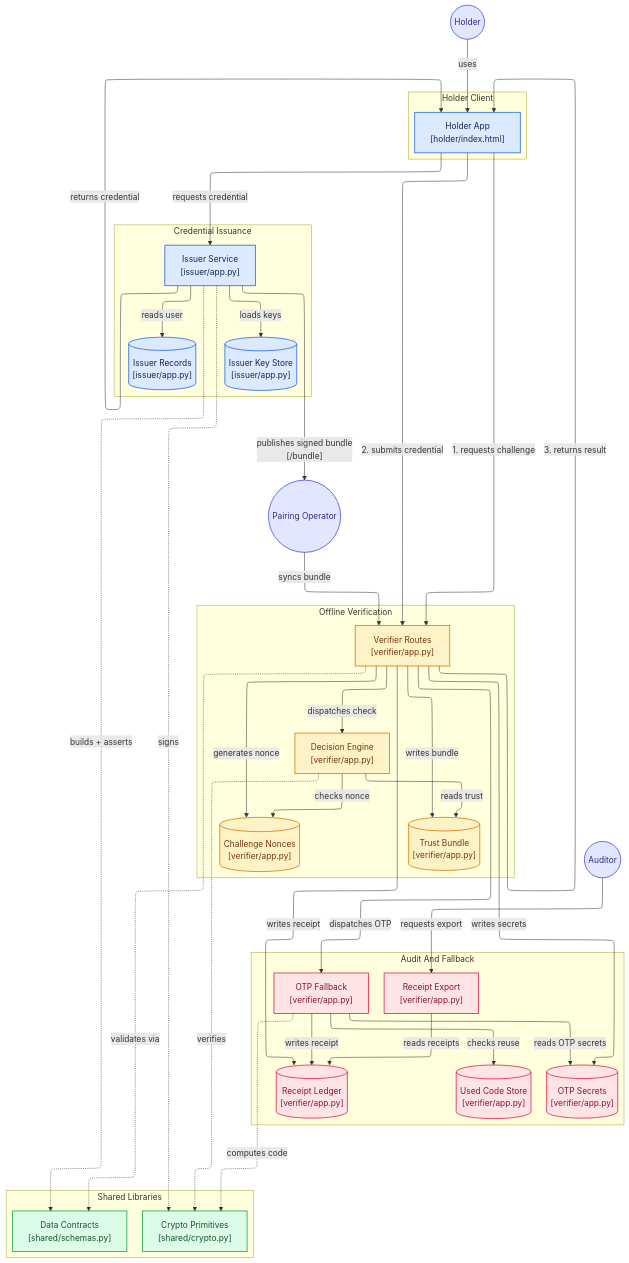
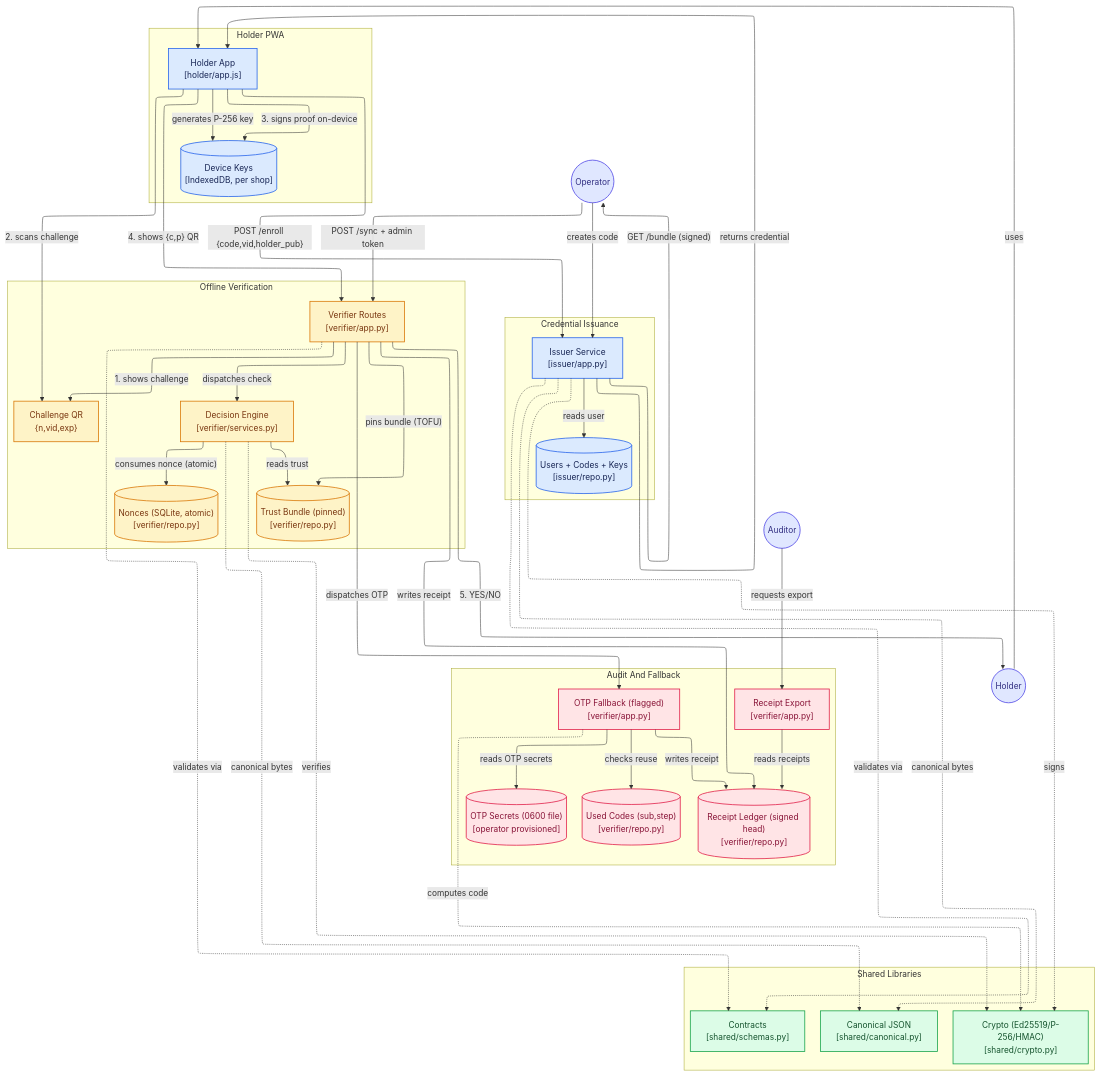
One commit to sudo-robi/icsc-yesno-identity changed the diagram in docs/architecture.mmd. Above: the diagram before and after it, drawn with Mermaid. The commit also changed 90 other files, not shown here.

Commit message:
main repo: replace v1 prototype with v2 rebuild (holder keys, proofs, enrollment, signed bundles)

```diff
--- a/docs/architecture.mmd
+++ b/docs/architecture.mmd
@@ -1,103 +1,92 @@
 %%{init: {"flowchart": {"defaultRenderer": "elk"}}}%%
 flowchart TD
 
+node_operator(("Operator"))
 node_holder_actor(("Holder"))
-node_pairing_actor(("Pairing Operator"))
-node_auditor_actor(("Auditor"))
+node_auditor(("Auditor"))
 
-subgraph group_holder["Holder Client"]
-  node_holder_ui["Holder App<br/>[holder/index.html]"]
+subgraph group_holder["Holder PWA"]
+  node_holder_ui["Holder App<br/>[holder/app.js]"]
+  node_holder_keys[("Device Keys<br/>[IndexedDB, per shop]")]
 end
 
 subgraph group_issuance["Credential Issuance"]
   node_issuer_api["Issuer Service<br/>[issuer/app.py]"]
-  node_issuer_records[("Issuer Records<br/>[issuer/app.py]")]
-  node_issuer_keys[("Issuer Key Store<br/>[issuer/app.py]")]
+  node_issuer_records[("Users + Codes + Keys<br/>[issuer/repo.py]")]
 end
 
 subgraph group_verification["Offline Verification"]
+  node_challenge["Challenge QR<br/>{n,vid,exp}"]
   node_verifier_api["Verifier Routes<br/>[verifier/app.py]"]
-  node_decision_engine["Decision Engine<br/>[verifier/app.py]"]
-  node_challenge_nonces[("Challenge Nonces<br/>[verifier/app.py]")]
-  node_trust_bundle[("Trust Bundle<br/>[verifier/app.py]")]
+  node_decision_engine["Decision Engine<br/>[verifier/services.py]"]
+  node_nonce_store[("Nonces (SQLite, atomic)<br/>[verifier/repo.py]")]
+  node_trust_bundle[("Trust Bundle (pinned)<br/>[verifier/repo.py]")]
 end
 
 subgraph group_audit["Audit And Fallback"]
-  node_otp_handler["OTP Fallback<br/>[verifier/app.py]"]
-  node_otp_state[("Used Code Store<br/>[verifier/app.py]")]
-  node_otp_secrets[("OTP Secrets<br/>[verifier/app.py]")]
-  node_receipt_ledger[("Receipt Ledger<br/>[verifier/app.py]")]
+  node_otp_handler["OTP Fallback (flagged)<br/>[verifier/app.py]"]
+  node_otp_state[("Used Codes (sub,step)<br/>[verifier/repo.py]")]
+  node_otp_secrets[("OTP Secrets (0600 file)<br/>[operator provisioned]")]
+  node_receipt_ledger[("Receipt Ledger (signed head)<br/>[verifier/repo.py]")]
   node_receipt_api["Receipt Export<br/>[verifier/app.py]"]
 end
 
 subgraph group_shared["Shared Libraries"]
-  node_crypto["Crypto Primitives<br/>[shared/crypto.py]"]
-  node_schemas["Data Contracts<br/>[shared/schemas.py]"]
+  node_crypto["Crypto (Ed25519/P-256/HMAC)<br/>[shared/crypto.py]"]
+  node_schemas["Contracts<br/>[shared/schemas.py]"]
+  node_canonical["Canonical JSON<br/>[shared/canonical.py]"]
 end
 
-%% Holder <-> Issuer
+%% Enrollment (one time, online)
+node_operator -->|"creates code"| node_issuer_api
 node_holder_actor -->|"uses"| node_holder_ui
-node_holder_ui -->|"requests credential"| node_issuer_api
+node_holder_ui -->|"generates P-256 key"| node_holder_keys
+node_holder_ui -->|"POST /enroll {code,vid,holder_pub}"| node_issuer_api
+node_issuer_api -->|"reads user"| node_issuer_records
 node_issuer_api -->|"returns credential"| node_holder_ui
-node_issuer_api -->|"reads user"| node_issuer_records
-node_issuer_api -->|"loads keys"| node_issuer_keys
 
-%% Trust distribution (out-of-band)
-node_issuer_api -->|"publishes signed bundle<br/>[/bundle]"| node_pairing_actor
-node_pairing_actor -->|"syncs bundle"| node_verifier_api
-node_verifier_api -->|"writes bundle"| node_trust_bundle
-node_verifier_api -->|"writes secrets"| node_otp_secrets
+%% Trust distribution (out-of-band, signed)
+node_issuer_api -->|"GET /bundle (signed)"| node_operator
+node_operator -->|"POST /sync + admin token"| node_verifier_api
+node_verifier_api -->|"pins bundle (TOFU)"| node_trust_bundle
 
-%% Verification flow (numbered)
-node_holder_ui -->|"1. requests challenge"| node_verifier_api
-node_holder_ui -->|"2. submits credential"| node_verifier_api
-node_verifier_api -->|"3. returns result"| node_holder_ui
-node_verifier_api -->|"generates nonce"| node_challenge_nonces
+%% Verification flow (numbered, fully offline)
+node_verifier_api -->|"1. shows challenge"| node_challenge
+node_holder_ui -->|"2. scans challenge"| node_challenge
+node_holder_ui -->|"3. signs proof on-device"| node_holder_keys
+node_holder_ui -->|"4. shows {c,p} QR"| node_verifier_api
 node_verifier_api -->|"dispatches check"| node_decision_engine
 node_decision_engine -->|"reads trust"| node_trust_bundle
-node_decision_engine -->|"checks nonce"| node_challenge_nonces
+node_decision_engine -->|"consumes nonce (atomic)"| node_nonce_store
+node_verifier_api -->|"5. YES/NO"| node_holder_actor
 node_verifier_api -->|"writes receipt"| node_receipt_ledger
 
 %% OTP fallback
 node_verifier_api -->|"dispatches OTP"| node_otp_handler
 node_otp_handler -->|"reads OTP secrets"| node_otp_secrets
 node_otp_handler -->|"checks reuse"| node_otp_state
 node_otp_handler -->|"writes receipt"| node_receipt_ledger
 
 %% Audit
-node_auditor_actor -->|"requests export"| node_receipt_api
+node_auditor -->|"requests export"| node_receipt_api
 node_receipt_api -->|"reads receipts"| node_receipt_ledger
 
-%% Shared library dependencies (dotted = compile/import-time use)
+%% Shared library dependencies (dotted = import-time use)
 node_issuer_api -.->|"signs"| node_crypto
 node_decision_engine -.->|"verifies"| node_crypto
 node_otp_handler -.->|"computes code"| node_crypto
-node_issuer_api -.->|"builds + asserts"| node_schemas
+node_issuer_api -.->|"validates via"| node_schemas
 node_verifier_api -.->|"validates via"| node_schemas
-
-click node_issuer_api "https://github.com/sudo-robi/icsc-yesno-identity/blob/main/issuer/app.py"
-click node_issuer_records "https://github.com/sudo-robi/icsc-yesno-identity/blob/main/issuer/app.py"
-click node_issuer_keys "https://github.com/sudo-robi/icsc-yesno-identity/blob/main/issuer/app.py"
-click node_holder_ui "https://github.com/sudo-robi/icsc-yesno-identity/blob/main/holder/index.html"
-click node_verifier_api "https://github.com/sudo-robi/icsc-yesno-identity/blob/main/verifier/app.py"
-click node_decision_engine "https://github.com/sudo-robi/icsc-yesno-identity/blob/main/verifier/app.py"
-click node_challenge_nonces "https://github.com/sudo-robi/icsc-yesno-identity/blob/main/verifier/app.py"
-click node_trust_bundle "https://github.com/sudo-robi/icsc-yesno-identity/blob/main/verifier/app.py"
-click node_crypto "https://github.com/sudo-robi/icsc-yesno-identity/blob/main/shared/crypto.py"
-click node_receipt_ledger "https://github.com/sudo-robi/icsc-yesno-identity/blob/main/verifier/app.py"
-click node_receipt_api "https://github.com/sudo-robi/icsc-yesno-identity/blob/main/verifier/app.py"
-click node_otp_handler "https://github.com/sudo-robi/icsc-yesno-identity/blob/main/verifier/app.py"
-click node_otp_state "https://github.com/sudo-robi/icsc-yesno-identity/blob/main/verifier/app.py"
-click node_otp_secrets "https://github.com/sudo-robi/icsc-yesno-identity/blob/main/verifier/app.py"
-click node_schemas "https://github.com/sudo-robi/icsc-yesno-identity/blob/main/shared/schemas.py"
+node_issuer_api -.->|"canonical bytes"| node_canonical
+node_decision_engine -.->|"canonical bytes"| node_canonical
 
 classDef toneBlue fill:#dbeafe,stroke:#2563eb,stroke-width:1.5px,color:#172554
 classDef toneAmber fill:#fef3c7,stroke:#d97706,stroke-width:1.5px,color:#78350f
 classDef toneMint fill:#dcfce7,stroke:#16a34a,stroke-width:1.5px,color:#14532d
 classDef toneRose fill:#ffe4e6,stroke:#e11d48,stroke-width:1.5px,color:#881337
 classDef toneIndigo fill:#e0e7ff,stroke:#4f46e5,stroke-width:1.5px,color:#312e81
-class node_issuer_api,node_issuer_records,node_issuer_keys,node_holder_ui toneBlue
-class node_verifier_api,node_decision_engine,node_challenge_nonces,node_trust_bundle toneAmber
-class node_crypto,node_schemas toneMint
+class node_issuer_api,node_issuer_records,node_holder_ui,node_holder_keys toneBlue
+class node_verifier_api,node_decision_engine,node_nonce_store,node_trust_bundle,node_challenge toneAmber
+class node_crypto,node_schemas,node_canonical toneMint
 class node_receipt_ledger,node_receipt_api,node_otp_handler,node_otp_state,node_otp_secrets toneRose
-class node_holder_actor,node_pairing_actor,node_auditor_actor toneIndigo
+class node_holder_actor,node_operator,node_auditor toneIndigo
```
